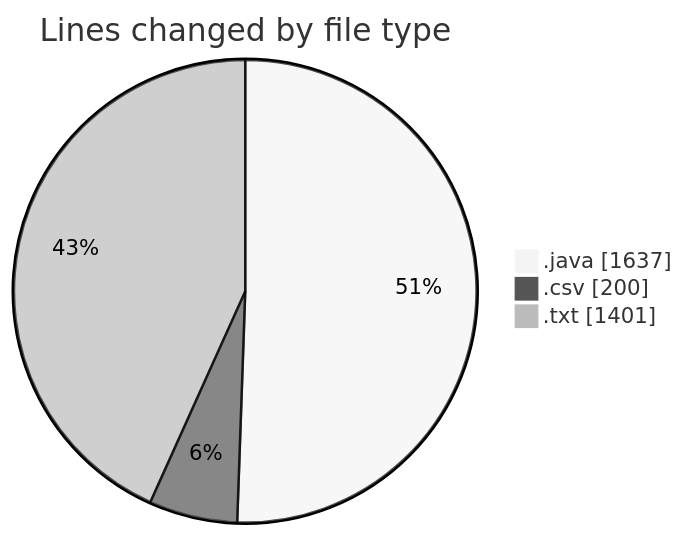
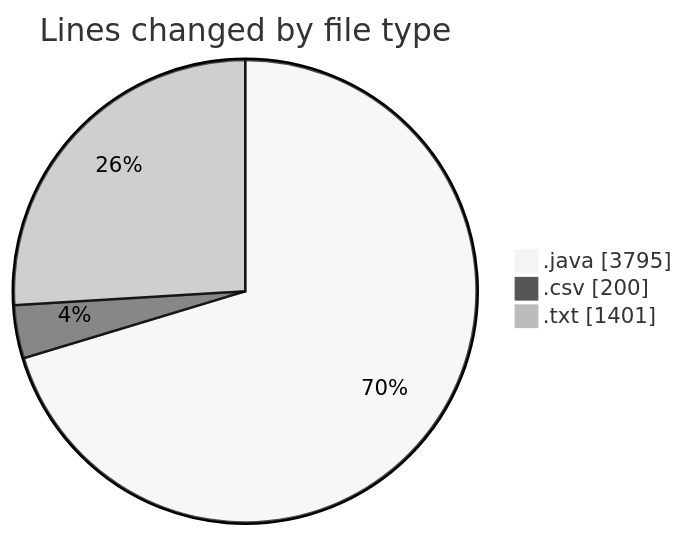
The first of 2 diagrams in 2026-03-24/cilapp/README.md (ricardozamudiocil/code-tracking), drawn with Mermaid (neutral theme) before and after one commit. The commit also changed other lines of this file and 1 other file, not shown here.

````diff
--- a/2026-03-24/cilapp/README.md
+++ b/2026-03-24/cilapp/README.md
@@ -27,7 +28,7 @@
 ```mermaid
 pie showData
 title Lines changed by file type
-".java" : 1637
+".java" : 3795
 ".csv" : 200
 ".txt" : 1401
 ```
````
